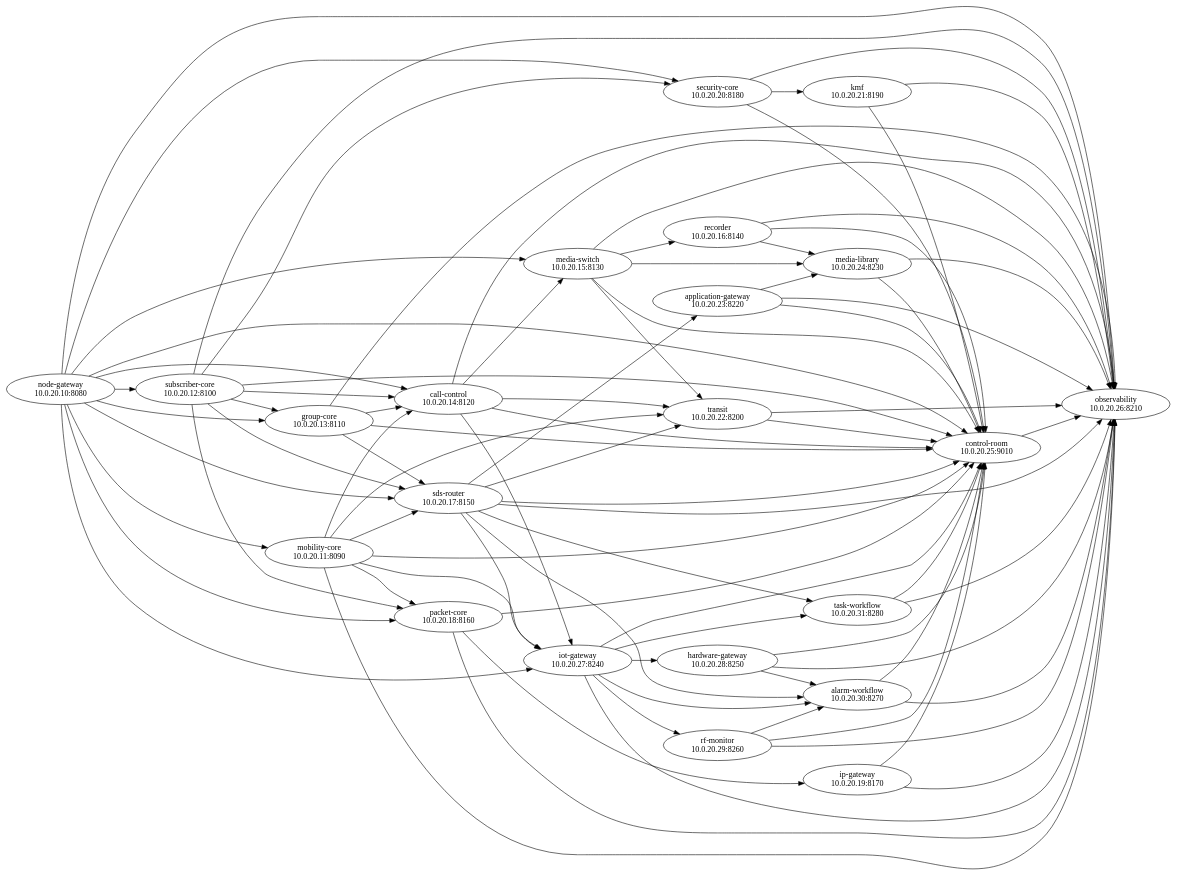
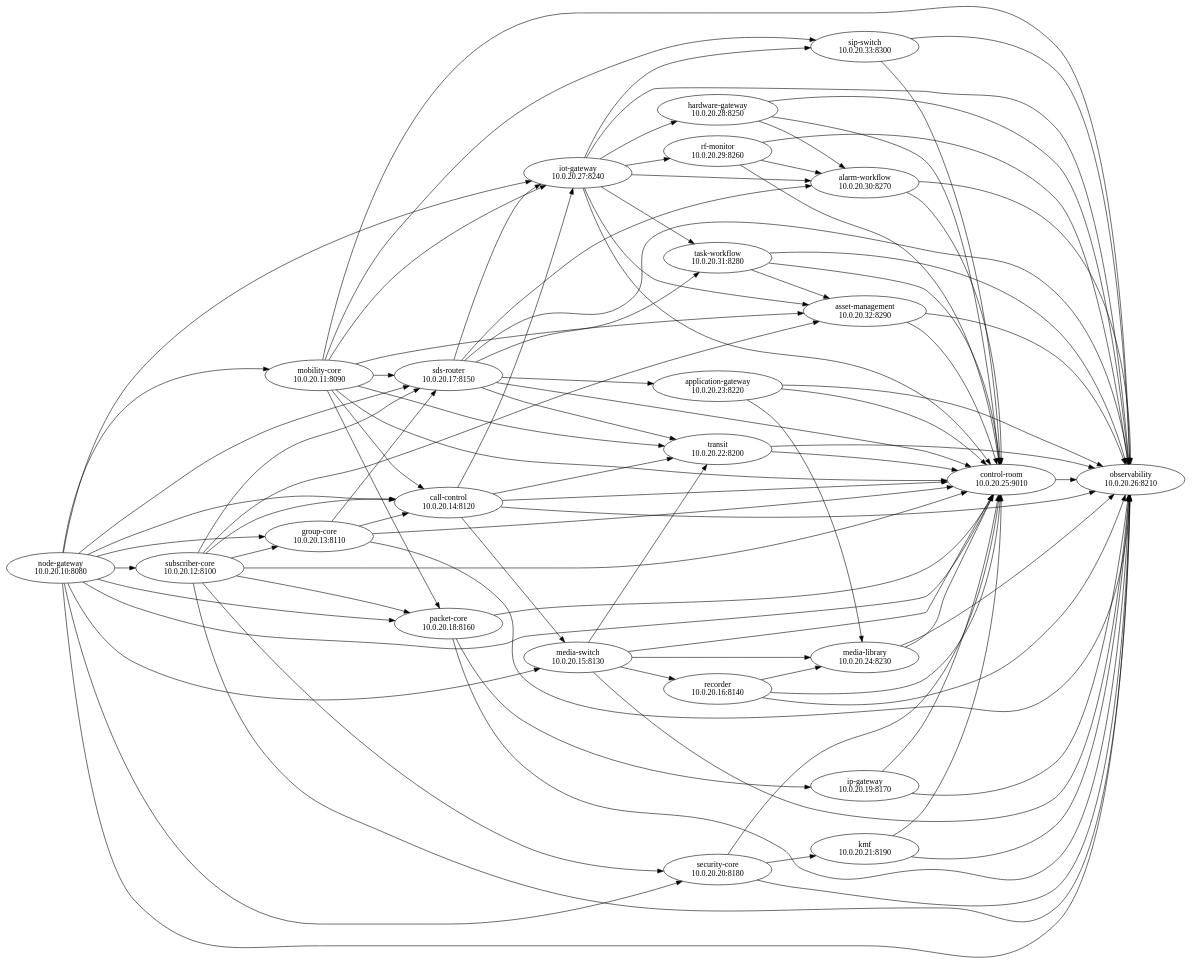
The diagram in deploy/open-lab/generated/dependency-graph.dot (JanHG98/netcore-tetra), drawn with Graphviz before and after one commit. The commit also changed 57 other files, not shown here.

First line of the commit message:
Add Phase 10 Asset Management (OPEN LAB)

```diff
--- a/deploy/open-lab/generated/dependency-graph.dot
+++ b/deploy/open-lab/generated/dependency-graph.dot
@@ -1,108 +1,120 @@
 digraph netcore_open_lab {
   rankdir=LR;
   "node-gateway" [label="node-gateway\n10.0.20.10:8080"];
   "mobility-core" [label="mobility-core\n10.0.20.11:8090"];
   "node-gateway" -> "mobility-core";
   "subscriber-core" [label="subscriber-core\n10.0.20.12:8100"];
   "node-gateway" -> "subscriber-core";
   "group-core" [label="group-core\n10.0.20.13:8110"];
   "node-gateway" -> "group-core";
   "subscriber-core" -> "group-core";
   "call-control" [label="call-control\n10.0.20.14:8120"];
   "node-gateway" -> "call-control";
   "subscriber-core" -> "call-control";
   "group-core" -> "call-control";
   "mobility-core" -> "call-control";
   "media-switch" [label="media-switch\n10.0.20.15:8130"];
   "node-gateway" -> "media-switch";
   "call-control" -> "media-switch";
   "recorder" [label="recorder\n10.0.20.16:8140"];
   "media-switch" -> "recorder";
   "sds-router" [label="sds-router\n10.0.20.17:8150"];
   "node-gateway" -> "sds-router";
   "subscriber-core" -> "sds-router";
   "group-core" -> "sds-router";
   "mobility-core" -> "sds-router";
   "packet-core" [label="packet-core\n10.0.20.18:8160"];
   "node-gateway" -> "packet-core";
   "subscriber-core" -> "packet-core";
   "mobility-core" -> "packet-core";
   "ip-gateway" [label="ip-gateway\n10.0.20.19:8170"];
   "packet-core" -> "ip-gateway";
   "security-core" [label="security-core\n10.0.20.20:8180"];
   "node-gateway" -> "security-core";
   "subscriber-core" -> "security-core";
   "kmf" [label="kmf\n10.0.20.21:8190"];
   "security-core" -> "kmf";
   "transit" [label="transit\n10.0.20.22:8200"];
   "mobility-core" -> "transit";
   "call-control" -> "transit";
   "media-switch" -> "transit";
   "sds-router" -> "transit";
   "application-gateway" [label="application-gateway\n10.0.20.23:8220"];
   "sds-router" -> "application-gateway";
   "media-library" [label="media-library\n10.0.20.24:8230"];
   "media-switch" -> "media-library";
   "recorder" -> "media-library";
   "application-gateway" -> "media-library";
   "control-room" [label="control-room\n10.0.20.25:9010"];
   "node-gateway" -> "control-room";
   "subscriber-core" -> "control-room";
   "group-core" -> "control-room";
   "mobility-core" -> "control-room";
   "call-control" -> "control-room";
   "media-switch" -> "control-room";
   "recorder" -> "control-room";
   "sds-router" -> "control-room";
   "packet-core" -> "control-room";
   "ip-gateway" -> "control-room";
   "security-core" -> "control-room";
   "kmf" -> "control-room";
   "transit" -> "control-room";
   "application-gateway" -> "control-room";
   "media-library" -> "control-room";
   "iot-gateway" -> "control-room";
   "hardware-gateway" -> "control-room";
   "rf-monitor" -> "control-room";
   "alarm-workflow" -> "control-room";
   "task-workflow" -> "control-room";
+  "asset-management" -> "control-room";
+  "sip-switch" -> "control-room";
   "observability" [label="observability\n10.0.20.26:8210"];
   "node-gateway" -> "observability";
   "subscriber-core" -> "observability";
   "group-core" -> "observability";
   "mobility-core" -> "observability";
   "call-control" -> "observability";
   "media-switch" -> "observability";
   "recorder" -> "observability";
   "sds-router" -> "observability";
   "packet-core" -> "observability";
   "ip-gateway" -> "observability";
   "security-core" -> "observability";
   "kmf" -> "observability";
   "transit" -> "observability";
   "application-gateway" -> "observability";
   "media-library" -> "observability";
   "iot-gateway" -> "observability";
   "hardware-gateway" -> "observability";
   "rf-monitor" -> "observability";
   "alarm-workflow" -> "observability";
   "task-workflow" -> "observability";
+  "asset-management" -> "observability";
+  "sip-switch" -> "observability";
   "control-room" -> "observability";
   "iot-gateway" [label="iot-gateway\n10.0.20.27:8240"];
   "node-gateway" -> "iot-gateway";
   "mobility-core" -> "iot-gateway";
   "call-control" -> "iot-gateway";
   "sds-router" -> "iot-gateway";
   "hardware-gateway" [label="hardware-gateway\n10.0.20.28:8250"];
   "iot-gateway" -> "hardware-gateway";
   "rf-monitor" [label="rf-monitor\n10.0.20.29:8260"];
   "iot-gateway" -> "rf-monitor";
   "alarm-workflow" [label="alarm-workflow\n10.0.20.30:8270"];
   "iot-gateway" -> "alarm-workflow";
   "sds-router" -> "alarm-workflow";
   "hardware-gateway" -> "alarm-workflow";
   "rf-monitor" -> "alarm-workflow";
   "task-workflow" [label="task-workflow\n10.0.20.31:8280"];
   "iot-gateway" -> "task-workflow";
   "sds-router" -> "task-workflow";
+  "asset-management" [label="asset-management\n10.0.20.32:8290"];
+  "iot-gateway" -> "asset-management";
+  "subscriber-core" -> "asset-management";
+  "mobility-core" -> "asset-management";
+  "task-workflow" -> "asset-management";
+  "sip-switch" [label="sip-switch\n10.0.20.33:8300"];
+  "iot-gateway" -> "sip-switch";
+  "mobility-core" -> "sip-switch";
 }
```
